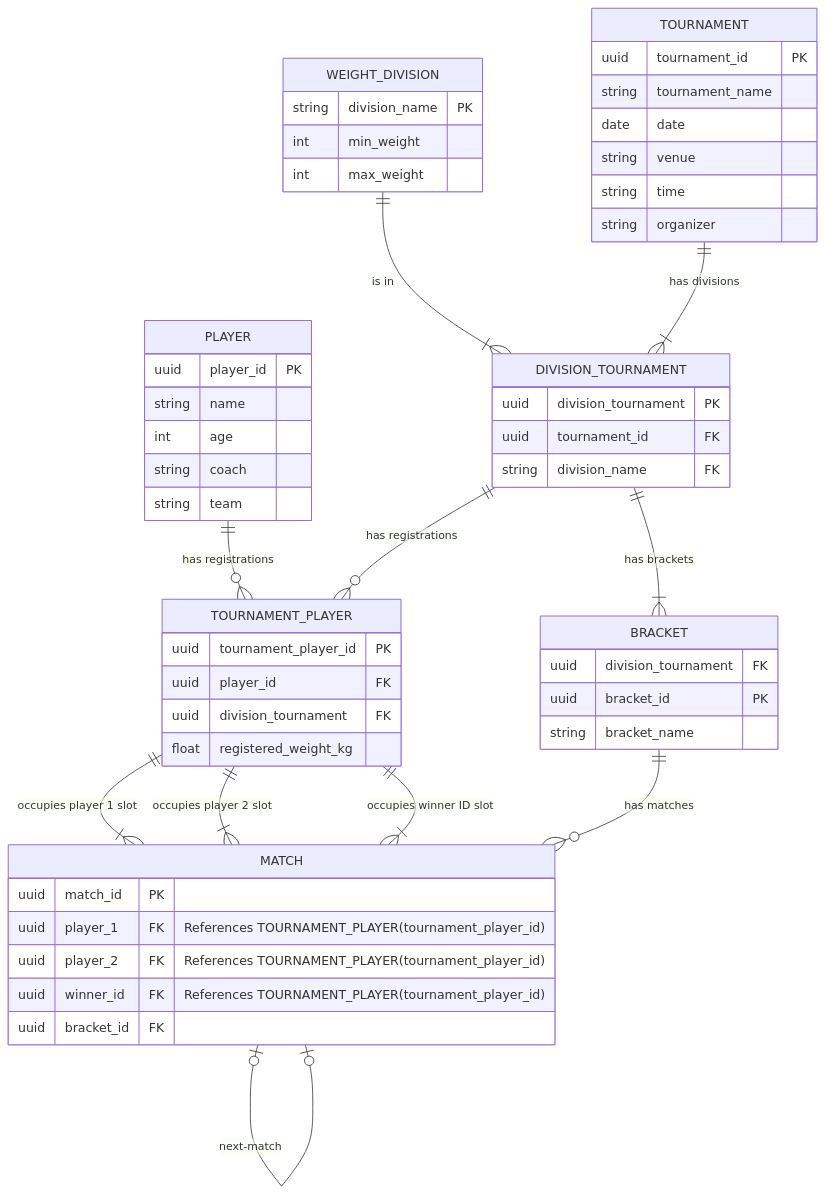
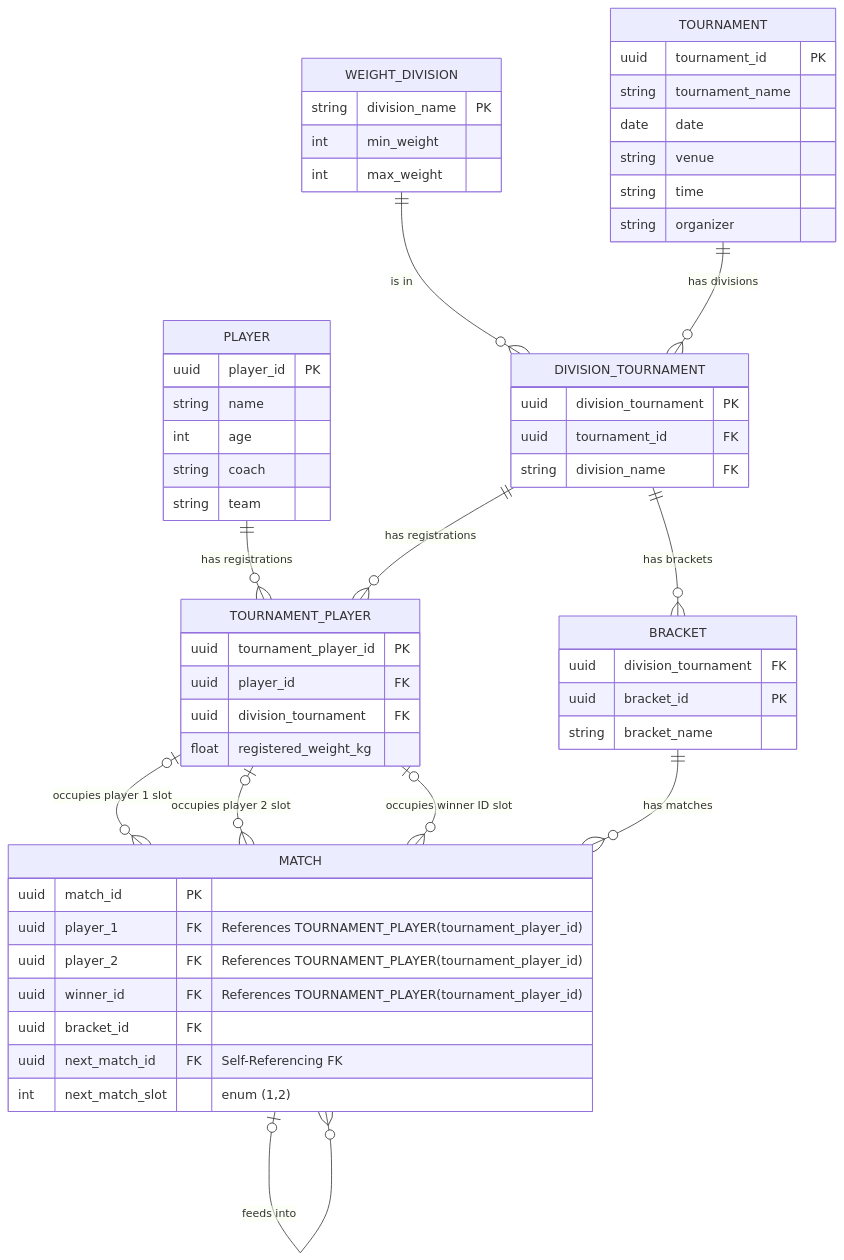
Before and after one commit to Vincent112704/tournament-system: the diagram in tournament-system/database/README.md, drawn with Mermaid. The commit also changed other lines of this file, not shown here.

````diff
--- a/tournament-system/database/README.md
+++ b/tournament-system/database/README.md
@@ -10,65 +16,66 @@
 ```mermaid
 erDiagram
     TOURNAMENT {
         uuid tournament_id PK
         string tournament_name
         date date
         string venue
         string time
         string organizer
     }
 
     PLAYER {
         uuid player_id PK
         string name
         int age
         string coach
         string team
     }
 
     WEIGHT_DIVISION {
         string division_name PK
         int min_weight
         int max_weight
     }
 
     MATCH {
         uuid match_id PK
         uuid player_1 FK "References TOURNAMENT_PLAYER(tournament_player_id)"
         uuid player_2 FK "References TOURNAMENT_PLAYER(tournament_player_id)"
         uuid winner_id FK "References TOURNAMENT_PLAYER(tournament_player_id)"
         uuid bracket_id FK 
+        uuid next_match_id FK "Self-Referencing FK"
+        int next_match_slot "enum (1,2)"
     }
 
     DIVISION_TOURNAMENT {
         uuid division_tournament PK
         uuid tournament_id FK
         string division_name FK
     }
     
     TOURNAMENT_PLAYER {
         uuid tournament_player_id PK
         uuid player_id FK
         uuid division_tournament FK
         float registered_weight_kg 
     }
 
     BRACKET {
         uuid division_tournament FK
         uuid bracket_id PK
         string bracket_name
-
     }
 
     
     PLAYER ||--o{ TOURNAMENT_PLAYER : "has registrations"
-    WEIGHT_DIVISION ||--|{ DIVISION_TOURNAMENT : "is in"
-    TOURNAMENT ||--|{ DIVISION_TOURNAMENT : "has divisions"
+    WEIGHT_DIVISION ||--o{ DIVISION_TOURNAMENT : "is in"
+    TOURNAMENT ||--o{ DIVISION_TOURNAMENT : "has divisions"
     DIVISION_TOURNAMENT ||--o{ TOURNAMENT_PLAYER : "has registrations"
-    DIVISION_TOURNAMENT ||--|{ BRACKET : "has brackets"
+    DIVISION_TOURNAMENT ||--o{ BRACKET : "has brackets"
     BRACKET ||--o{ MATCH : "has matches"
-    TOURNAMENT_PLAYER ||--|{ MATCH : "occupies player 1 slot"
-    TOURNAMENT_PLAYER ||--|{ MATCH : "occupies player 2 slot"
-    TOURNAMENT_PLAYER ||--|{ MATCH : "occupies winner ID slot"
-    MATCH |o--o| MATCH : "next-match"
+    TOURNAMENT_PLAYER o|--o{ MATCH : "occupies player 1 slot"
+    TOURNAMENT_PLAYER o|--o{ MATCH : "occupies player 2 slot"
+    TOURNAMENT_PLAYER o|--o{ MATCH : "occupies winner ID slot"
+    MATCH |o--o{ MATCH : "feeds into"
 ```
````
